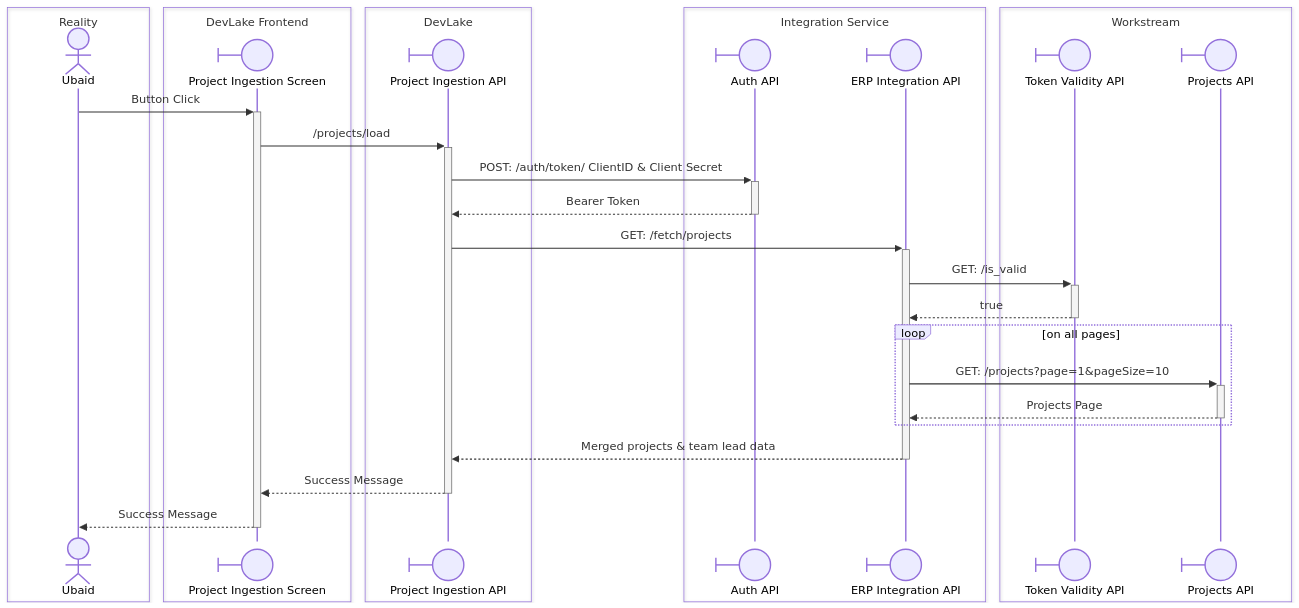
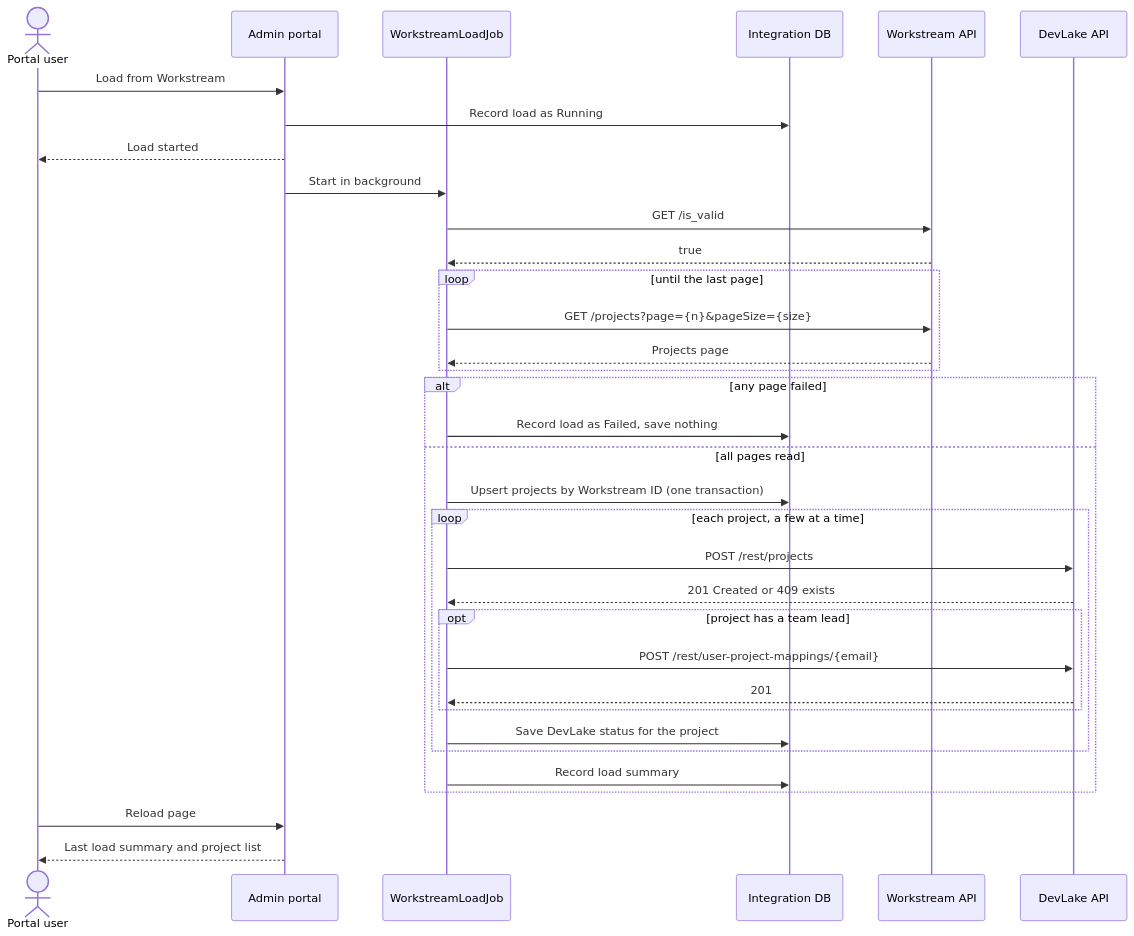
The third of 7 diagrams in integration-service-architecture-plan.md (arbisoft/incubator-devlake), drawn with Mermaid before and after one commit. The commit also changed other lines of this file, not shown here.

First line of the commit message:
docs: update integration service plan to match the built service

````diff
--- a/integration-service-architecture-plan.md
+++ b/integration-service-architecture-plan.md
@@ -310,37 +567,38 @@
 ```mermaid
 sequenceDiagram
-    box Reality
-        actor Ubaid
+    actor Admin as Portal user
+    participant portal as Admin portal
+    participant loadJob as WorkstreamLoadJob
+    participant db as Integration DB
+    participant workstream as Workstream API
+    participant devlake as DevLake API
+
+    Admin->>portal: Load from Workstream
+    portal->>db: Record load as Running
+    portal-->>Admin: Load started
+    portal->>loadJob: Start in background
+
+    loadJob->>workstream: GET /is_valid
+    workstream-->>loadJob: true
+    loop until the last page
+        loadJob->>workstream: GET /projects?page={n}&pageSize={size}
+        workstream-->>loadJob: Projects page
     end
-    box DevLake Frontend
-        participant projectIngestion@{ "type": "boundary" } as Project Ingestion Screen
+    alt any page failed
+        loadJob->>db: Record load as Failed, save nothing
+    else all pages read
+        loadJob->>db: Upsert projects by Workstream ID (one transaction)
+        loop each project, a few at a time
+            loadJob->>devlake: POST /rest/projects
+            devlake-->>loadJob: 201 Created or 409 exists
+            opt project has a team lead
+                loadJob->>devlake: POST /rest/user-project-mappings/{email}
+                devlake-->>loadJob: 201
+            end
+            loadJob->>db: Save DevLake status for the project
+        end
+        loadJob->>db: Record load summary
     end
-    box DevLake
-        participant projectIngestionApi@{ "type": "boundary" } as Project Ingestion API
-    end
-    box Integration Service
-        participant authApi@{ "type": "boundary" } as Auth API
-        participant erpIntegrationApi@{ "type": "boundary" } as ERP Integration API
-    end
-    box Workstream
-        participant erp_token_validity_api@{ "type": "boundary" } as Token Validity API
-        participant projectsApi@{ "type": "boundary" } as Projects API
-    end
-
-    Ubaid->>+projectIngestion: Button Click
-    projectIngestion->>+projectIngestionApi: /projects/load
-    projectIngestionApi->>+authApi: POST: /auth/token/ ClientID & Client Secret
-    authApi-->>-projectIngestionApi: Bearer Token
-    projectIngestionApi->>+erpIntegrationApi: GET: /fetch/projects
-    erpIntegrationApi->>+erp_token_validity_api: GET: /is_valid
-    erp_token_validity_api-->>-erpIntegrationApi: true
-
-    loop on all pages
-        erpIntegrationApi->>+projectsApi: GET: /projects?page=1&pageSize=10
-        projectsApi-->>-erpIntegrationApi: Projects Page
-    end
-
-    erpIntegrationApi-->>-projectIngestionApi: Merged projects & team lead data
-    projectIngestionApi-->>-projectIngestion: Success Message
-    projectIngestion-->>-Ubaid: Success Message
+    Admin->>portal: Reload page
+    portal-->>Admin: Last load summary and project list
 ```
````
